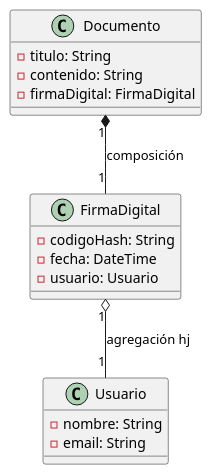
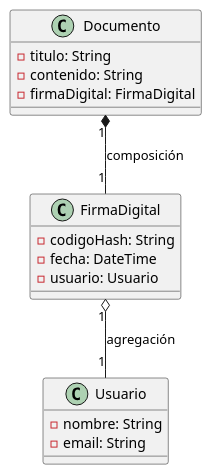
One commit to guillecampoy/tp5-UML changed the diagram in docs/uml/plantuml/08-documento-firmaDigital-usuario.puml. Above: the diagram before and after it, drawn with PlantUML. The commit also changed 13 other files, not shown here.

Commit message:
Se ajustan archivos puml(UML) con nombres de variables, atributos faltantes

```diff
--- a/docs/uml/plantuml/08-documento-firmaDigital-usuario.puml
+++ b/docs/uml/plantuml/08-documento-firmaDigital-usuario.puml
@@ -1,22 +1,22 @@
 @startuml
 class Documento {
 -titulo: String
 -contenido: String
 -firmaDigital: FirmaDigital
 }
 
 class FirmaDigital {
 -codigoHash: String
 -fecha: DateTime
 -usuario: Usuario
 }
 
 class Usuario {
 -nombre: String
 -email: String
 }
 
 Documento "1" *-- "1" FirmaDigital : composición
-FirmaDigital "1" o-- "1" Usuario    : agregación hj
+FirmaDigital "1" o-- "1" Usuario    : agregación
 
 @enduml
```
